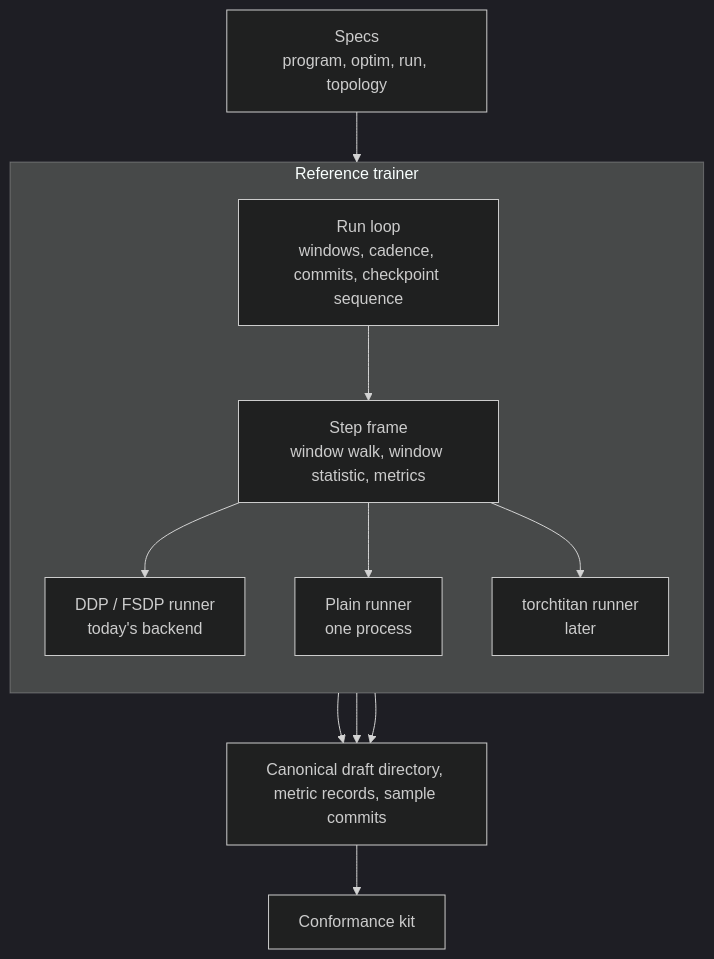
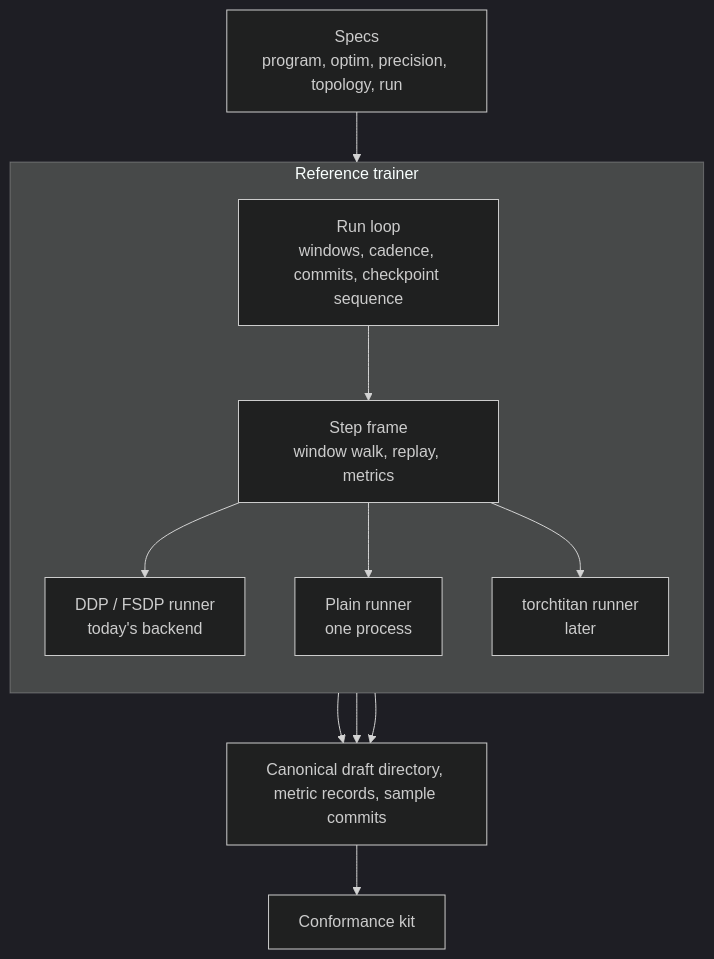
Before and after one commit to sgl-project/SpecForge: the diagram in specforge/training/BACKENDS.md, drawn with Mermaid (dark theme). The commit also changed other lines of this file, not shown here.

````diff
--- a/specforge/training/BACKENDS.md
+++ b/specforge/training/BACKENDS.md
@@ -78,20 +88,20 @@
 ```mermaid
 flowchart TB
-  SPEC["Specs<br/>program, optim, run, topology"]
+  SPEC["Specs<br/>program, optim, precision, topology, run"]
   subgraph REF["Reference trainer"]
     direction TB
     LOOP["Run loop<br/>windows, cadence, commits, checkpoint sequence"]
-    FRAME["Step frame<br/>window walk, window statistic, metrics"]
+    FRAME["Step frame<br/>window walk, replay, metrics"]
     LOOP --> FRAME
     FRAME --> FSDP["DDP / FSDP runner<br/>today's backend"]
     FRAME --> PLAIN["Plain runner<br/>one process"]
     FRAME --> TITAN["torchtitan runner<br/>later"]
   end
   ART["Canonical draft directory, metric records, sample commits"]
   KIT["Conformance kit"]
   SPEC --> LOOP
   FSDP --> ART
   PLAIN --> ART
   TITAN --> ART
   ART --> KIT
 ```
````
